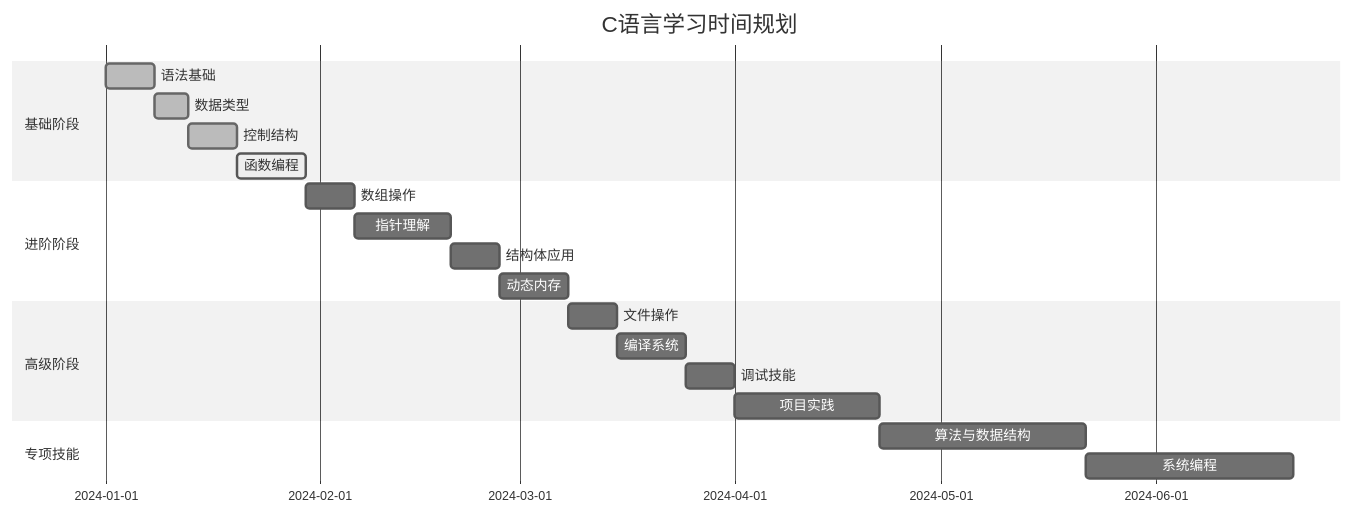
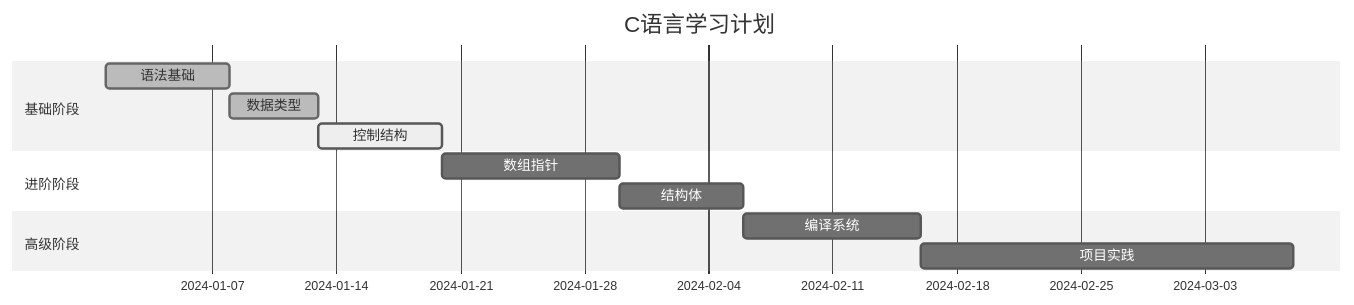
Before and after one commit to hulu798/C-Notes: diagram 12 of 15 in README.md, drawn with Mermaid (neutral theme). The commit also changed other lines of this file, not shown here.

````diff
--- a/README.md
+++ b/README.md
@@ -612,26 +432,15 @@
 ```mermaid
 gantt
-    title C语言学习时间规划
-    dateFormat  YYYY-MM-DD
+    title C语言学习计划
+    dateFormat YYYY-MM-DD
     section 基础阶段
-    语法基础           :done, basic, 2024-01-01, 7d
-    数据类型          :done, datatype, after basic, 5d
-    控制结构          :done, control, after datatype, 7d
-    函数编程          :active, function, after control, 10d
-    
+    语法基础    :done, 2024-01-01, 7d
+    数据类型    :done, 5d
+    控制结构    :active, 7d
     section 进阶阶段
-    数组操作          :array, after function, 7d
-    指针理解          :pointer, after array, 14d
-    结构体应用        :struct, after pointer, 7d
-    动态内存          :memory, after struct, 10d
-    
+    数组指针    :10d
+    结构体     :7d
     section 高级阶段
-    文件操作          :file, after memory, 7d
-    编译系统          :compile, after file, 10d
-    调试技能          :debug, after compile, 7d
-    项目实践          :project, after debug, 21d
-    
-    section 专项技能
-    算法与数据结构    :algorithm, after project, 30d
-    系统编程          :system, after algorithm, 30d
+    编译系统    :10d
+    项目实践    :21d
 ```
````
